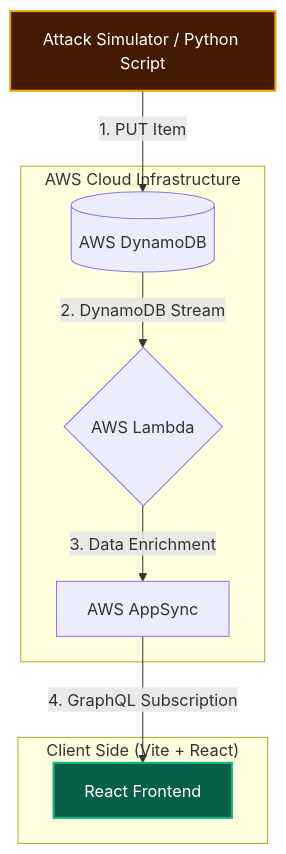
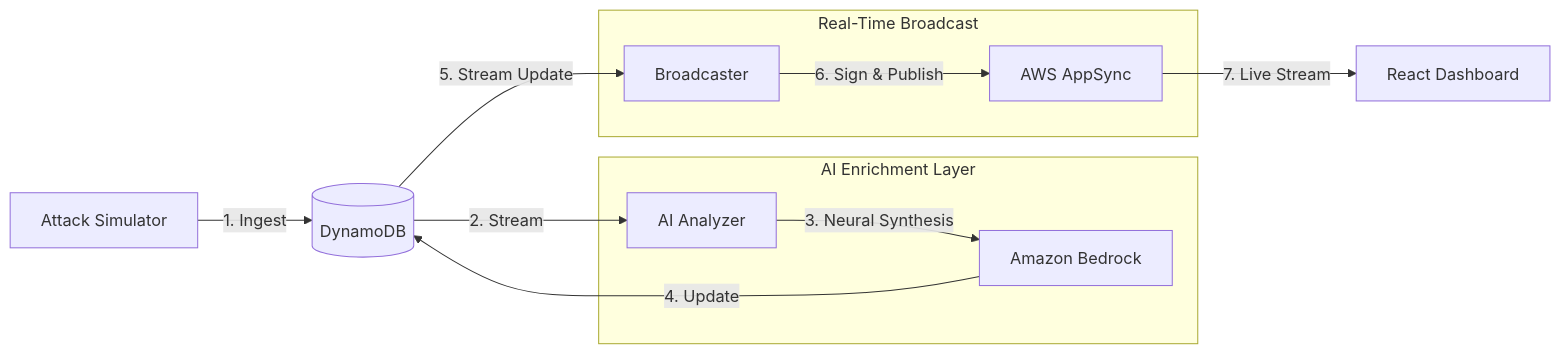
Before and after one commit to SaaammmyyyS/cloud-sentry: the diagram in README.md, drawn with Mermaid. The commit also changed other lines of this file, not shown here.

````diff
--- a/README.md
+++ b/README.md
@@ -13,20 +25,20 @@
 ```mermaid
-graph TD
-    A[Attack Simulator / Python Script] -->|1. PUT Item| B[(AWS DynamoDB)]
-    B -->|2. DynamoDB Stream| C{AWS Lambda}
-    C -->|3. Data Enrichment| D[AWS AppSync]
-    D -->|4. GraphQL Subscription| E[React Frontend]
-    
-    subgraph "AWS Cloud Infrastructure"
-    B
+graph LR
+    A[Attack Simulator] -->|1. Ingest| B[(DynamoDB)]
+    B -->|2. Stream| C[AI Analyzer]
+    C -->|3. Neural Synthesis| D[Amazon Bedrock]
+    D -->|4. Update| B
+    B -->|5. Stream Update| E[Broadcaster]
+    E -->|6. Sign & Publish| F[AWS AppSync]
+    F -->|7. Live Stream| G[React Dashboard]
+
+    subgraph "AI Enrichment Layer"
     C
     D
     end
-    
-    subgraph "Client Side (Vite + React)"
+
+    subgraph "Real-Time Broadcast"
     E
+    F
     end
-    
-    style E fill:#065f46,stroke:#10b981,stroke-width:2px,color:#fff
-    style A fill:#451a03,stroke:#f59e0b,stroke-width:2px,color:#fff
 ```
````
